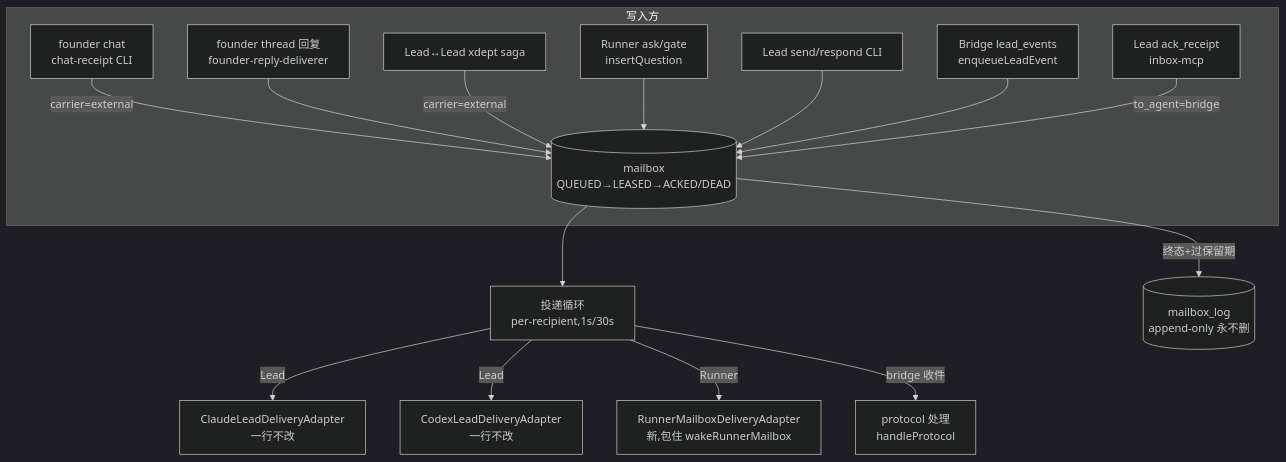
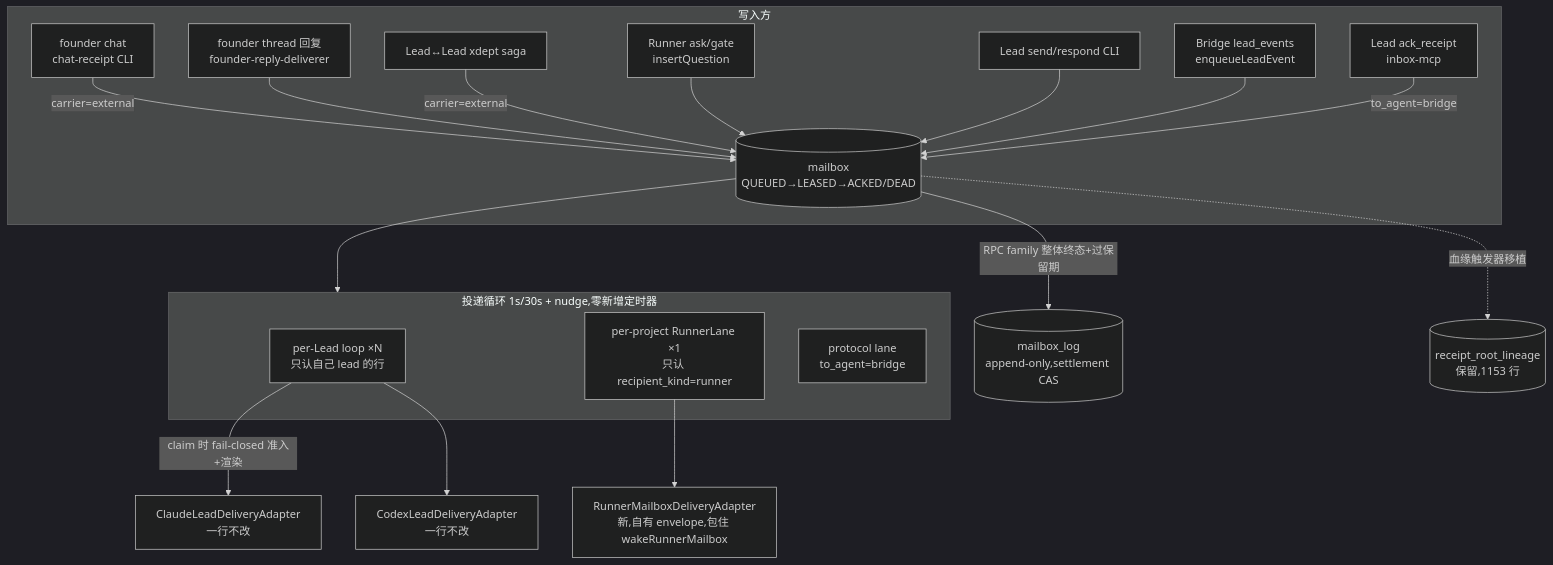
The diagram in engineering/doc/FLY-1572-mailbox-merge/plan.md (xrliAnnie/flywheel-qa-sandbox), drawn with Mermaid (dark theme) before and after one commit. The commit also changed other lines of this file, not shown here.

Commit message:
docs(FLY-1572): plan R2 — fold Codex R1 (runner full-id+LEASED, admission service, poison tombstones, own backup primitive, migration matrix, settlement CAS, family-atomic archive, versioned sender_ref)

````diff
--- a/engineering/doc/FLY-1572-mailbox-merge/plan.md
+++ b/engineering/doc/FLY-1572-mailbox-merge/plan.md
@@ -16,19 +16,24 @@
 ```mermaid
 graph TD
     subgraph 写入方
       A1[founder chat<br/>chat-receipt CLI] -->|carrier=external| MB
       A2[founder thread 回复<br/>founder-reply-deliverer] --> MB
       A3[Lead↔Lead xdept saga] -->|carrier=external| MB
       A4[Runner ask/gate<br/>insertQuestion] --> MB
       A5[Lead send/respond CLI] --> MB
       A6[Bridge lead_events<br/>enqueueLeadEvent] --> MB
       A7[Lead ack_receipt<br/>inbox-mcp] -->|to_agent=bridge| MB
     end
     MB[(mailbox<br/>QUEUED→LEASED→ACKED/DEAD)]
-    MB --> LOOP[投递循环<br/>per-recipient,1s/30s]
-    LOOP -->|Lead| AD1[ClaudeLeadDeliveryAdapter<br/>一行不改]
-    LOOP -->|Lead| AD2[CodexLeadDeliveryAdapter<br/>一行不改]
-    LOOP -->|Runner| AD3[RunnerMailboxDeliveryAdapter<br/>新,包住 wakeRunnerMailbox]
-    LOOP -->|bridge 收件| PROTO[protocol 处理<br/>handleProtocol]
-    MB -->|终态+过保留期| LOG[(mailbox_log<br/>append-only 永不删)]
+    MB --> LOOPS
+    subgraph LOOPS[投递循环 1s/30s + nudge,零新增定时器]
+      L1[per-Lead loop ×N<br/>只认自己 lead 的行]
+      L2[per-project RunnerLane ×1<br/>只认 recipient_kind=runner]
+      L3[protocol lane<br/>to_agent=bridge]
+    end
+    L1 -->|claim 时 fail-closed 准入+渲染| AD1[ClaudeLeadDeliveryAdapter<br/>一行不改]
+    L1 --> AD2[CodexLeadDeliveryAdapter<br/>一行不改]
+    L2 --> AD3[RunnerMailboxDeliveryAdapter<br/>新,自有 envelope,包住 wakeRunnerMailbox]
+    MB -->|RPC family 整体终态+过保留期| LOG[(mailbox_log<br/>append-only,settlement CAS)]
+    MB -.血缘触发器移植.-> RRL[(receipt_root_lineage<br/>保留,1153 行)]
 ```
````
